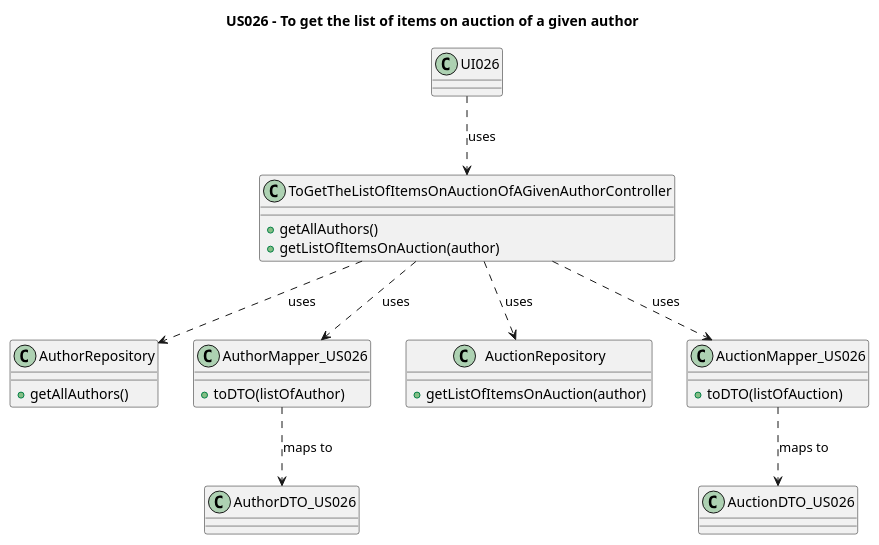
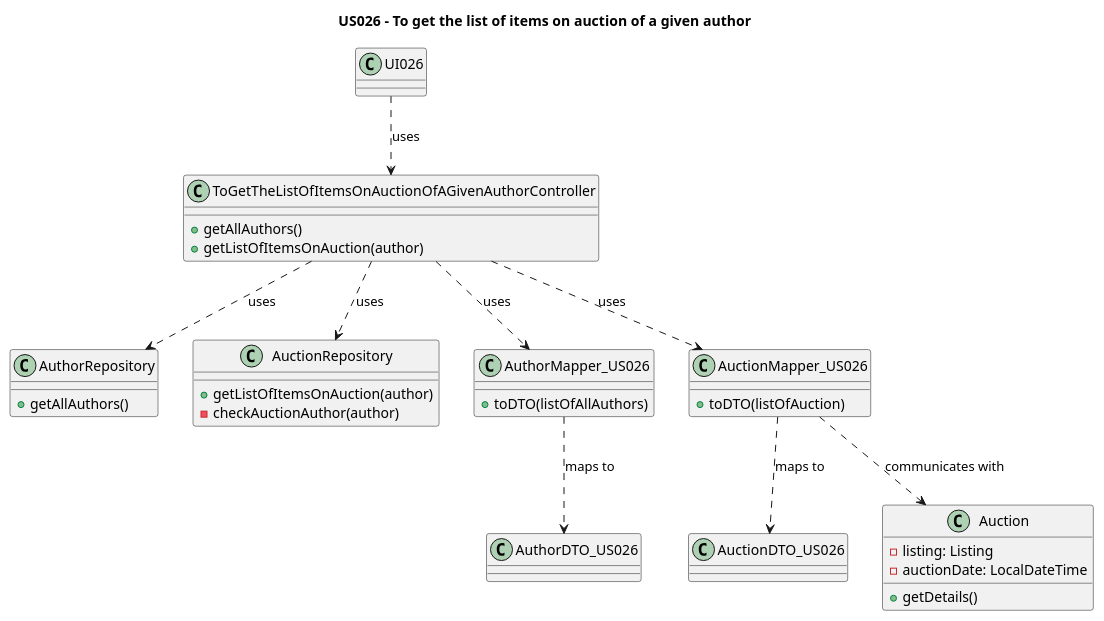
Before and after one commit to AndrePereiraGitH/SWitCH-Project-Team_A: the diagram in Diagrams/ClassDiagrams/US026-to-get-the-list-of-items-on-auction-of-a-given-author.puml, drawn with PlantUML. The commit also changed 3 other files, not shown here.

Commit message:
Working on #46 #47, improved CD and SD diagrams

```diff
--- a/Diagrams/ClassDiagrams/US026-to-get-the-list-of-items-on-auction-of-a-given-author.puml
+++ b/Diagrams/ClassDiagrams/US026-to-get-the-list-of-items-on-auction-of-a-given-author.puml
@@ -1,91 +1,57 @@
 @startuml
 title US026 - To get the list of items on auction of a given author
 
-class UI026{
-
+' UI Layer
+class UI026 {
 }
 
+' Controller
 class ToGetTheListOfItemsOnAuctionOfAGivenAuthorController {
   +getAllAuthors()
   +getListOfItemsOnAuction(author)
 }
 
-class AuthorRepository{
-    +getAllAuthors()
-}
-
-class AuthorDTO_US026 {
-}
-
-class AuthorMapper_US026 {
-  +toDTO(listOfAuthor)
+' Repositories
+class AuthorRepository {
+  +getAllAuthors()
 }
 
 class AuctionRepository {
   +getListOfItemsOnAuction(author)
+  -checkAuctionAuthor(author)
 }
 
-/'
-class Auction {
-  - listing: Listing
-  +getDetails()
+' DTOs
+class AuthorDTO_US026 {
 }
-'/
+
+class AuctionDTO_US026 {
+}
+
+' Mappers
+class AuthorMapper_US026 {
+  +toDTO(listOfAllAuthors)
+}
 
 class AuctionMapper_US026 {
   +toDTO(listOfAuction)
 }
 
-class AuctionDTO_US026 {
+' Domain classes
+class Auction {
+  - listing: Listing
+  - auctionDate: LocalDateTime
+  +getDetails()
 }
 
-/'
-class Listing {
-  - item: Item
-  - saleType: SaleType
-}
-
-enum SaleType {
-    DIRECT_SALE
-    AUCTION
-}
-
-'class Item {
-'    - bibliographicalData: BibliographicalData
-'}
-
-class Item {
-    - author: author
-}
-
-class author {
-    - bibliographicalData: BibliographicalData
-    - code: Code
-}
-
-class BibliographicalData {
-    - title: String
-}
-'/
-
 ' Interactions
-
 UI026 ..> ToGetTheListOfItemsOnAuctionOfAGivenAuthorController : uses
 ToGetTheListOfItemsOnAuctionOfAGivenAuthorController ..> AuctionRepository : uses
-ToGetTheListOfItemsOnAuctionOfAGivenAuthorController ..> AuthorRepository: uses
+ToGetTheListOfItemsOnAuctionOfAGivenAuthorController ..> AuthorRepository : uses
 AuthorMapper_US026 ..> AuthorDTO_US026 : maps to
-'AuctionRepository "1 " --> " * " Auction : contains
+AuctionMapper_US026 ..> AuctionDTO_US026 : maps to
+ToGetTheListOfItemsOnAuctionOfAGivenAuthorController ..> AuthorMapper_US026 : uses
 ToGetTheListOfItemsOnAuctionOfAGivenAuthorController ..> AuctionMapper_US026 : uses
-AuctionMapper_US026 ..> AuctionDTO_US026 : maps to
-'AuctionMapper_UI025 ..> Auction : uses
-ToGetTheListOfItemsOnAuctionOfAGivenAuthorController ..> AuthorMapper_US026 : uses
-/'
-Auction "1" -- "1" Listing : uses
-Listing "                                *" -- "1" SaleType : can be sold by
-Listing "1" -- "1..*    " Item : lists an
-' Item "*" -- "1" BibliographicalData: has
-Item "*" -- "1" author: refers to a
-author "*" -- "1" BibliographicalData: has
-'/
+AuctionMapper_US026 ..> Auction : communicates with
 
 @enduml
```
